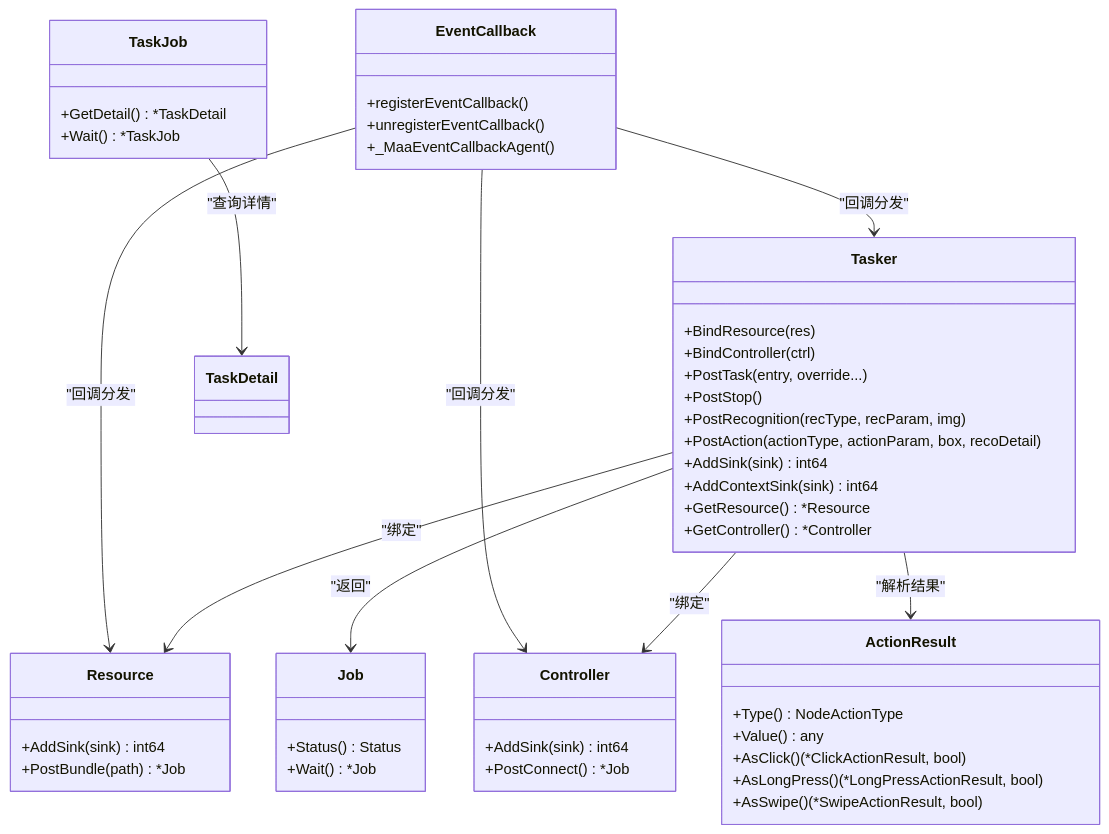
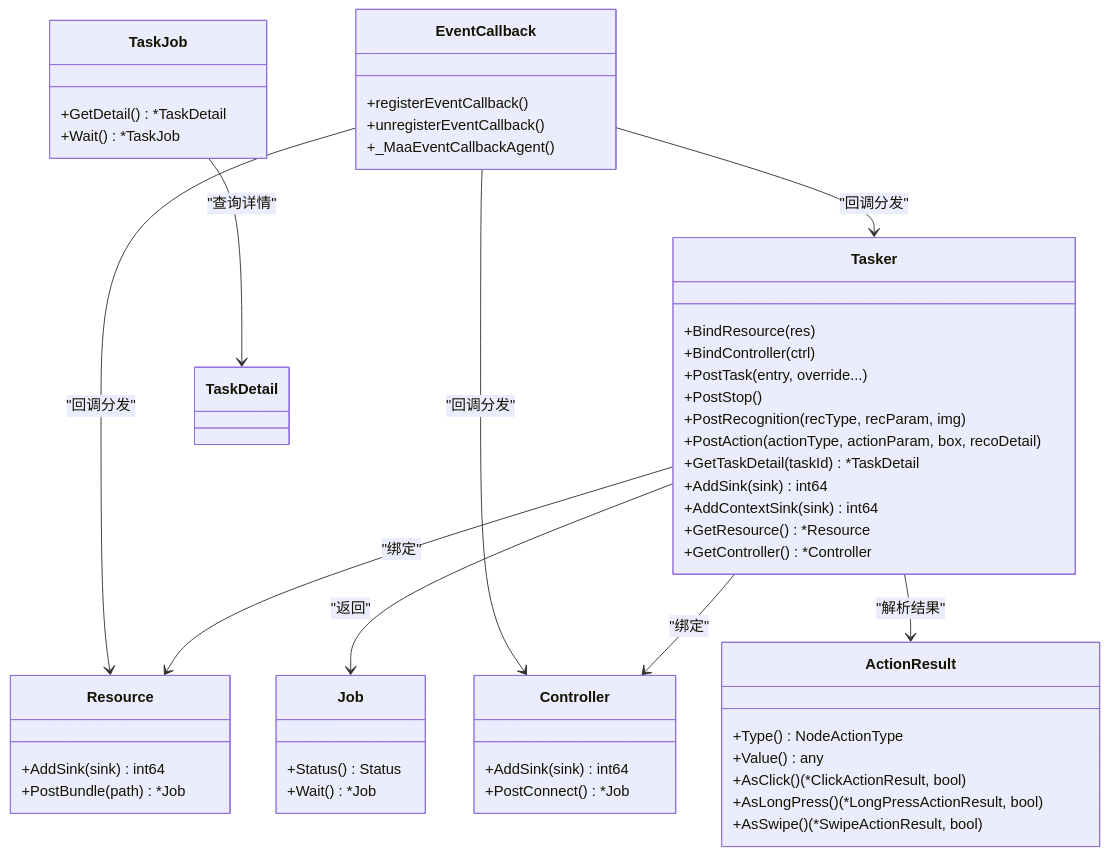
Before and after one commit to kqcoxn/MaaPipelineEditor: the eighth of 9 diagrams in instructions/maafw-golang-binding/核心概念/任务管理器 (Tasker).md, drawn with Mermaid. The commit also changed other lines of this file and 7 other files, not shown here.

````diff
--- a/instructions/maafw-golang-binding/核心概念/任务管理器 (Tasker).md
+++ b/instructions/maafw-golang-binding/核心概念/任务管理器 (Tasker).md
@@ -382,51 +449,52 @@
 ```mermaid
 classDiagram
 class Tasker {
 +BindResource(res)
 +BindController(ctrl)
 +PostTask(entry, override...)
 +PostStop()
 +PostRecognition(recType, recParam, img)
 +PostAction(actionType, actionParam, box, recoDetail)
++GetTaskDetail(taskId) *TaskDetail
 +AddSink(sink) int64
 +AddContextSink(sink) int64
 +GetResource() *Resource
 +GetController() *Controller
 }
 class Resource {
 +AddSink(sink) int64
 +PostBundle(path) *Job
 }
 class Controller {
 +AddSink(sink) int64
 +PostConnect() *Job
 }
 class Job {
 +Status() Status
 +Wait() *Job
 }
 class TaskJob {
 +GetDetail() *TaskDetail
 +Wait() *TaskJob
 }
 class EventCallback {
 +registerEventCallback()
 +unregisterEventCallback()
 +_MaaEventCallbackAgent()
 }
 class ActionResult {
 +Type() NodeActionType
 +Value() any
 +AsClick() (*ClickActionResult, bool)
 +AsLongPress() (*LongPressActionResult, bool)
 +AsSwipe() (*SwipeActionResult, bool)
 }
 Tasker --> Resource : "绑定"
 Tasker --> Controller : "绑定"
 Tasker --> Job : "返回"
 Tasker --> ActionResult : "解析结果"
 TaskJob --> TaskDetail : "查询详情"
 EventCallback --> Tasker : "回调分发"
 EventCallback --> Resource : "回调分发"
 EventCallback --> Controller : "回调分发"
 ```
````
